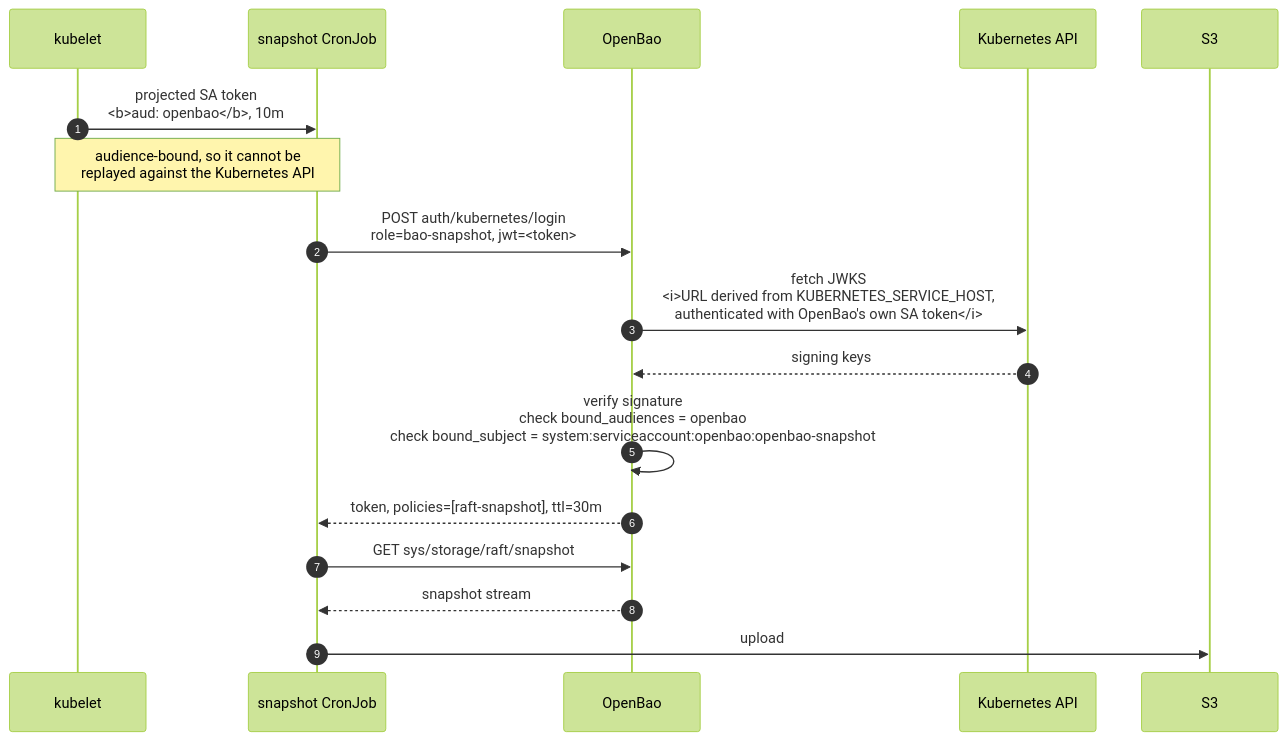
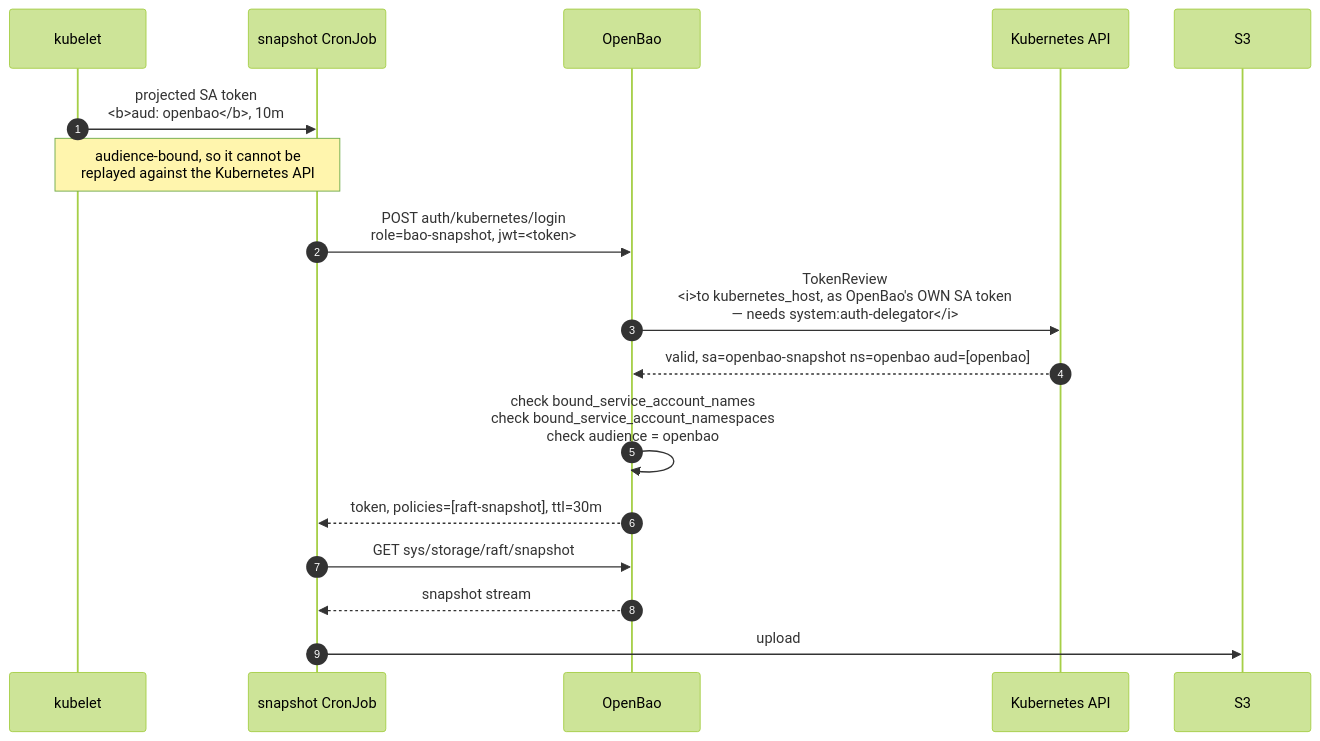
The first of 2 diagrams in docs/AUTH.md (datahattrick/openbao-chart), drawn with Mermaid (forest theme) before and after one commit. The commit also changed other lines of this file and 7 other files, not shown here.

````diff
--- a/docs/AUTH.md
+++ b/docs/AUTH.md
@@ -13,22 +19,22 @@
 ```mermaid
 sequenceDiagram
     autonumber
     participant K as kubelet
     participant C as snapshot CronJob
     participant B as OpenBao
     participant A as Kubernetes API
     participant S as S3
 
     K->>C: projected SA token<br/><b>aud: openbao</b>, 10m
     Note over K,C: audience-bound, so it cannot be<br/>replayed against the Kubernetes API
 
     C->>B: POST auth/kubernetes/login<br/>role=bao-snapshot, jwt=<token>
-    B->>A: fetch JWKS<br/><i>URL derived from KUBERNETES_SERVICE_HOST,<br/>authenticated with OpenBao's own SA token</i>
-    A-->>B: signing keys
-    B->>B: verify signature<br/>check bound_audiences = openbao<br/>check bound_subject = system:serviceaccount:openbao:openbao-snapshot
+    B->>A: TokenReview<br/><i>to kubernetes_host, as OpenBao's OWN SA token<br/>— needs system:auth-delegator</i>
+    A-->>B: valid, sa=openbao-snapshot ns=openbao aud=[openbao]
+    B->>B: check bound_service_account_names<br/>check bound_service_account_namespaces<br/>check audience = openbao
     B-->>C: token, policies=[raft-snapshot], ttl=30m
 
     C->>B: GET sys/storage/raft/snapshot
     B-->>C: snapshot stream
     C->>S: upload
 ```
````
